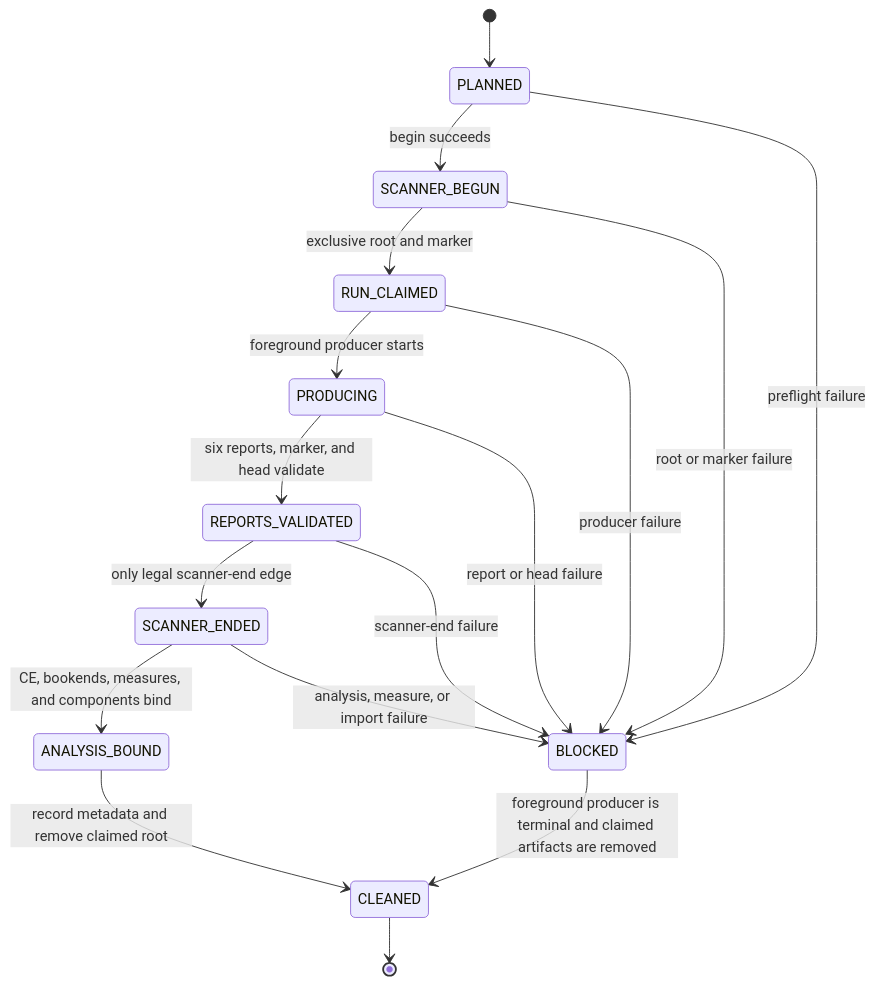
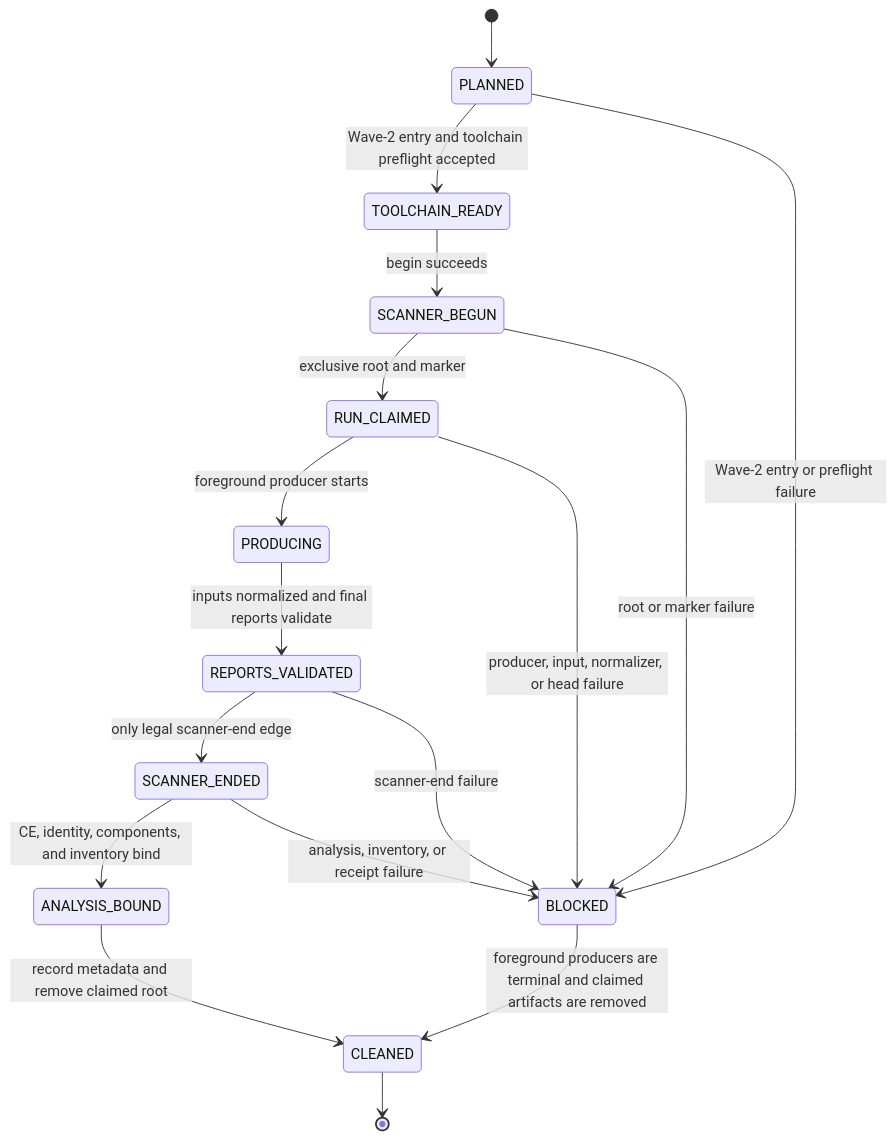
The second of 2 diagrams in specs/014-sonarqube-coverage-producer/architecture.md (thebtf/netcoredbg-mcp), drawn with Mermaid before and after one commit. The commit also changed other lines of this file and 13 other files, not shown here.

````diff
--- a/specs/014-sonarqube-coverage-producer/architecture.md
+++ b/specs/014-sonarqube-coverage-producer/architecture.md
@@ -81,19 +62,19 @@
 ```mermaid
 stateDiagram-v2
   [*] --> PLANNED
-  PLANNED --> SCANNER_BEGUN: begin succeeds
+  PLANNED --> TOOLCHAIN_READY: Wave-2 entry and toolchain preflight accepted
+  TOOLCHAIN_READY --> SCANNER_BEGUN: begin succeeds
   SCANNER_BEGUN --> RUN_CLAIMED: exclusive root and marker
   RUN_CLAIMED --> PRODUCING: foreground producer starts
-  PRODUCING --> REPORTS_VALIDATED: six reports, marker, and head validate
+  PRODUCING --> REPORTS_VALIDATED: inputs normalized and final reports validate
   REPORTS_VALIDATED --> SCANNER_ENDED: only legal scanner-end edge
-  SCANNER_ENDED --> ANALYSIS_BOUND: CE, bookends, measures, and components bind
+  SCANNER_ENDED --> ANALYSIS_BOUND: CE, identity, components, and inventory bind
   ANALYSIS_BOUND --> CLEANED: record metadata and remove claimed root
-  PLANNED --> BLOCKED: preflight failure
+  PLANNED --> BLOCKED: Wave-2 entry or preflight failure
   SCANNER_BEGUN --> BLOCKED: root or marker failure
-  RUN_CLAIMED --> BLOCKED: producer failure
-  PRODUCING --> BLOCKED: report or head failure
+  RUN_CLAIMED --> BLOCKED: producer, input, normalizer, or head failure
   REPORTS_VALIDATED --> BLOCKED: scanner-end failure
-  SCANNER_ENDED --> BLOCKED: analysis, measure, or import failure
-  BLOCKED --> CLEANED: foreground producer is terminal and claimed artifacts are removed
+  SCANNER_ENDED --> BLOCKED: analysis, inventory, or receipt failure
+  BLOCKED --> CLEANED: foreground producers are terminal and claimed artifacts are removed
   CLEANED --> [*]
 ```
````
